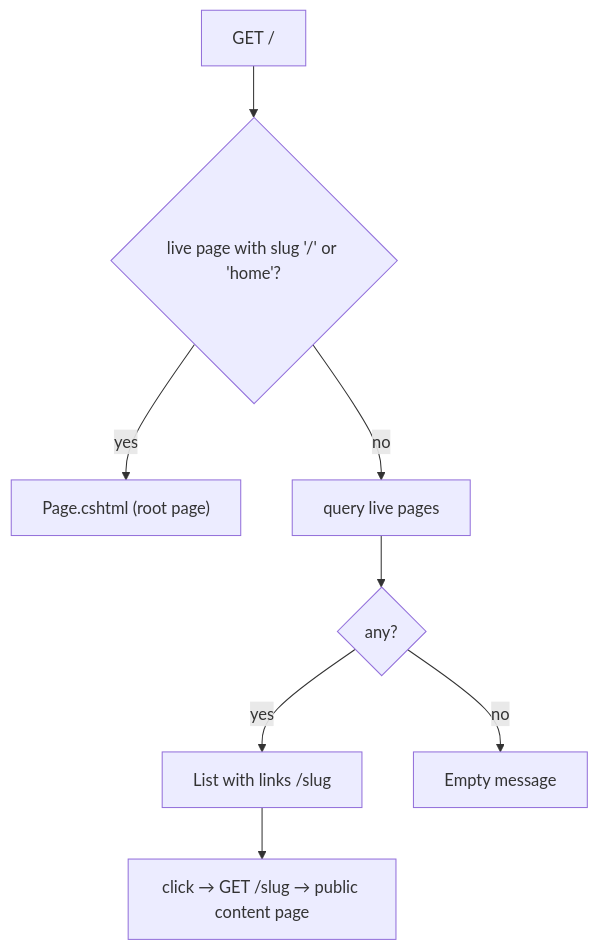
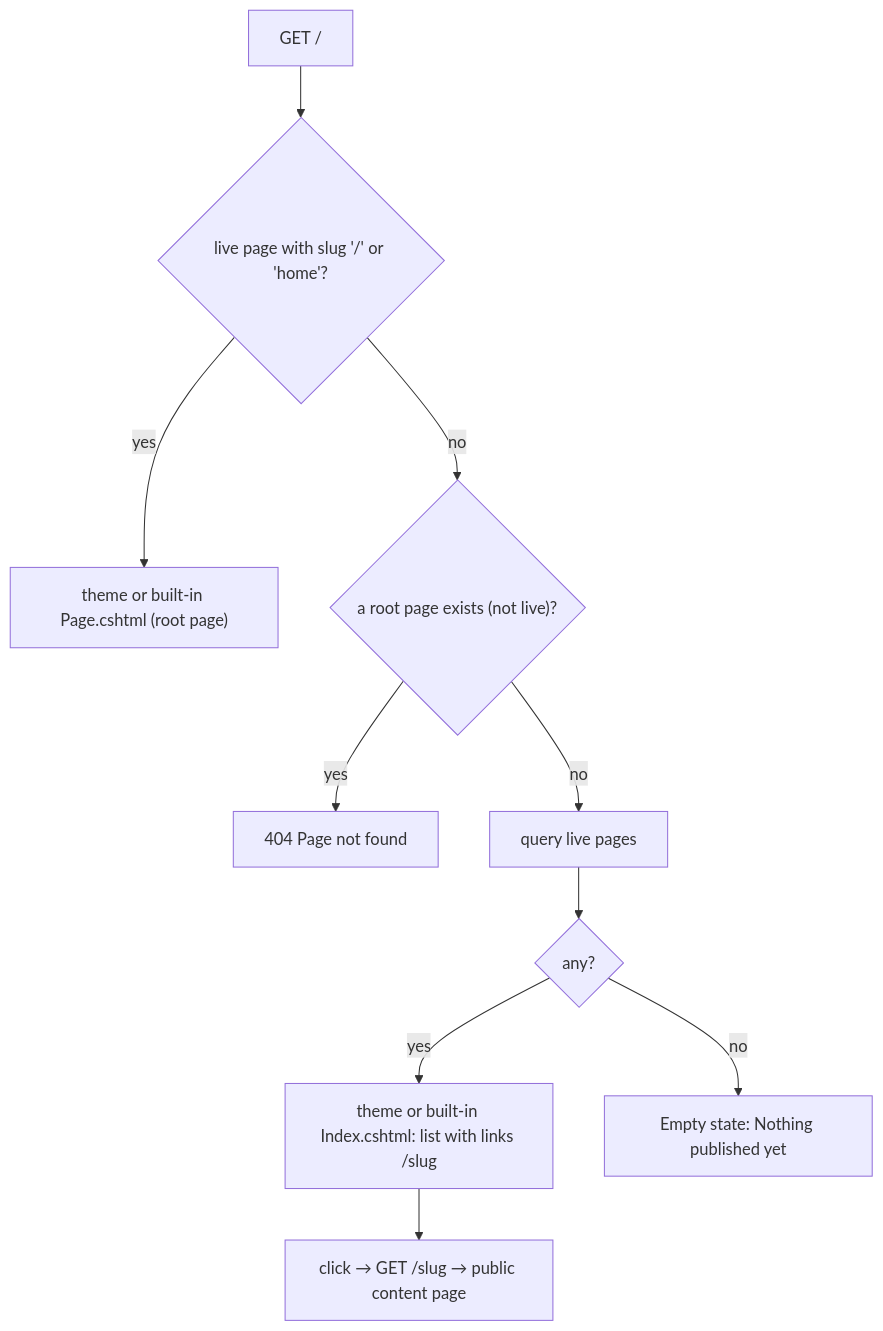
Before and after one commit to Albadit/DotNetForge: the diagram in .docs/pages/public-home.md, drawn with Mermaid. The commit also changed other lines of this file and 454 other files, not shown here.

````diff
--- a/.docs/pages/public-home.md
+++ b/.docs/pages/public-home.md
@@ -107,10 +133,12 @@
 ```mermaid
 flowchart TD
     A["GET /"] --> B{"live page with slug '/' or 'home'?"}
-    B -- yes --> C["Page.cshtml (root page)"]
-    B -- no --> D[query live pages]
+    B -- yes --> C["theme or built-in Page.cshtml (root page)"]
+    B -- no --> R{"a root page exists (not live)?"}
+    R -- yes --> N["404 Page not found"]
+    R -- no --> D[query live pages]
     D --> E{any?}
-    E -- yes --> F[List with links /slug]
-    E -- no --> G[Empty message]
+    E -- yes --> F["theme or built-in Index.cshtml: list with links /slug"]
+    E -- no --> G["Empty state: Nothing published yet"]
     F --> H["click → GET /slug → public content page"]
 ```
````
